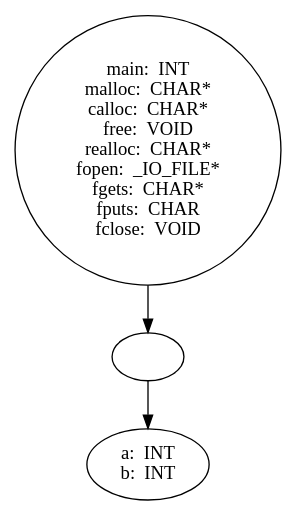
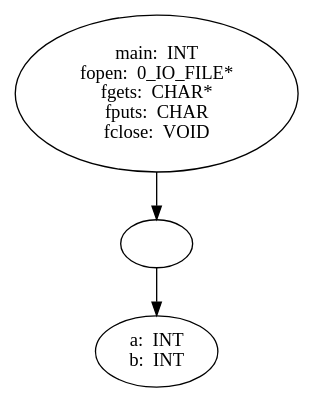
Before and after one commit to Are-you-listening/Compilers: the diagram in example_source_files/8_Expressions/8_Expressions_table.dot, drawn with Graphviz. The commit also changed 413 other files, not shown here.

```diff
--- a/example_source_files/8_Expressions/8_Expressions_table.dot
+++ b/example_source_files/8_Expressions/8_Expressions_table.dot
@@ -1,16 +1,12 @@
 digraph AST {
-  "138081629167408" [label="main:  INT
-malloc:  CHAR*
-calloc:  CHAR*
-free:  VOID
-realloc:  CHAR*
-fopen:  _IO_FILE*
+  "131879695885280" [label="main:  INT
+fopen:  0_IO_FILE*
 fgets:  CHAR*
 fputs:  CHAR
 fclose:  VOID"];
-  "138081629167408" -> "138081629166400";
-  "138081629166400" [label=""];
-  "138081629166400" -> "138081629163376";
-  "138081629163376" [label="a:  INT
+  "131879695885280" -> "131879695887536";
+  "131879695887536" [label=""];
+  "131879695887536" -> "131879695877456";
+  "131879695877456" [label="a:  INT
 b:  INT"];
 }
```
